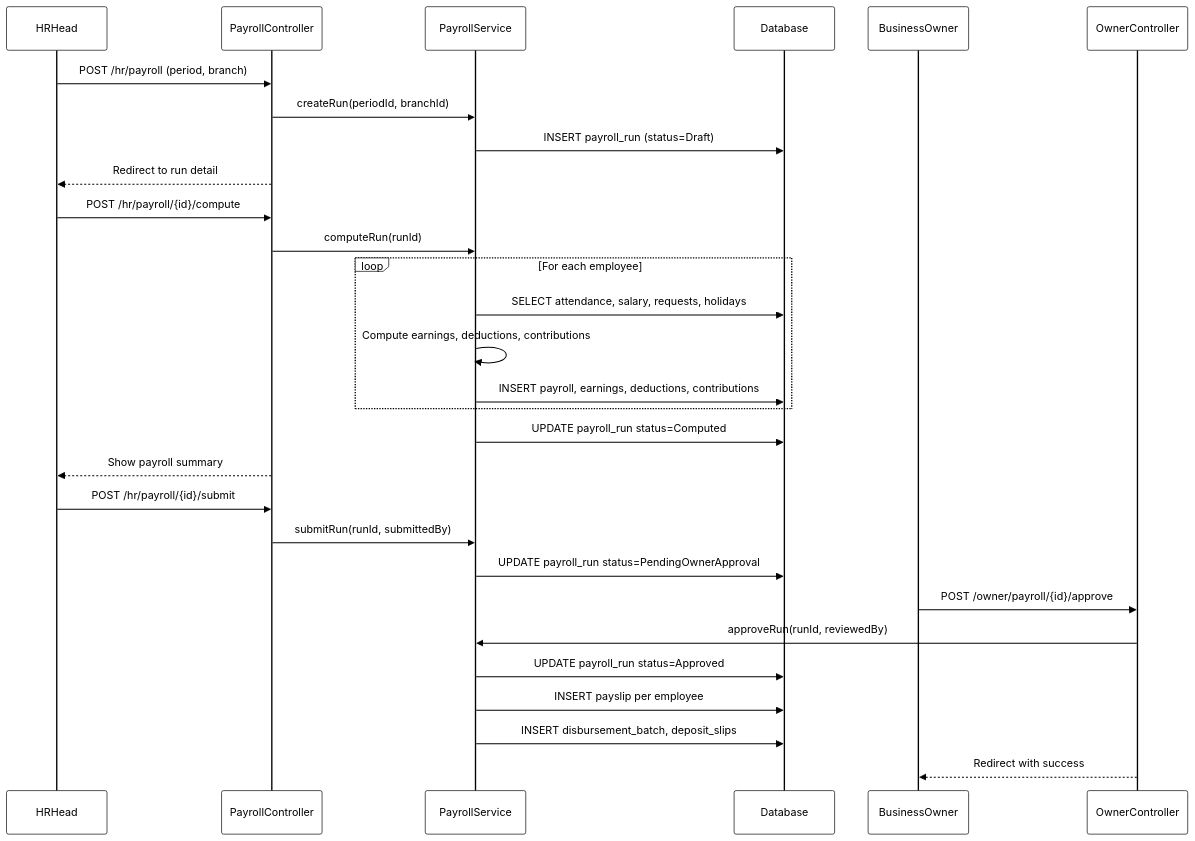
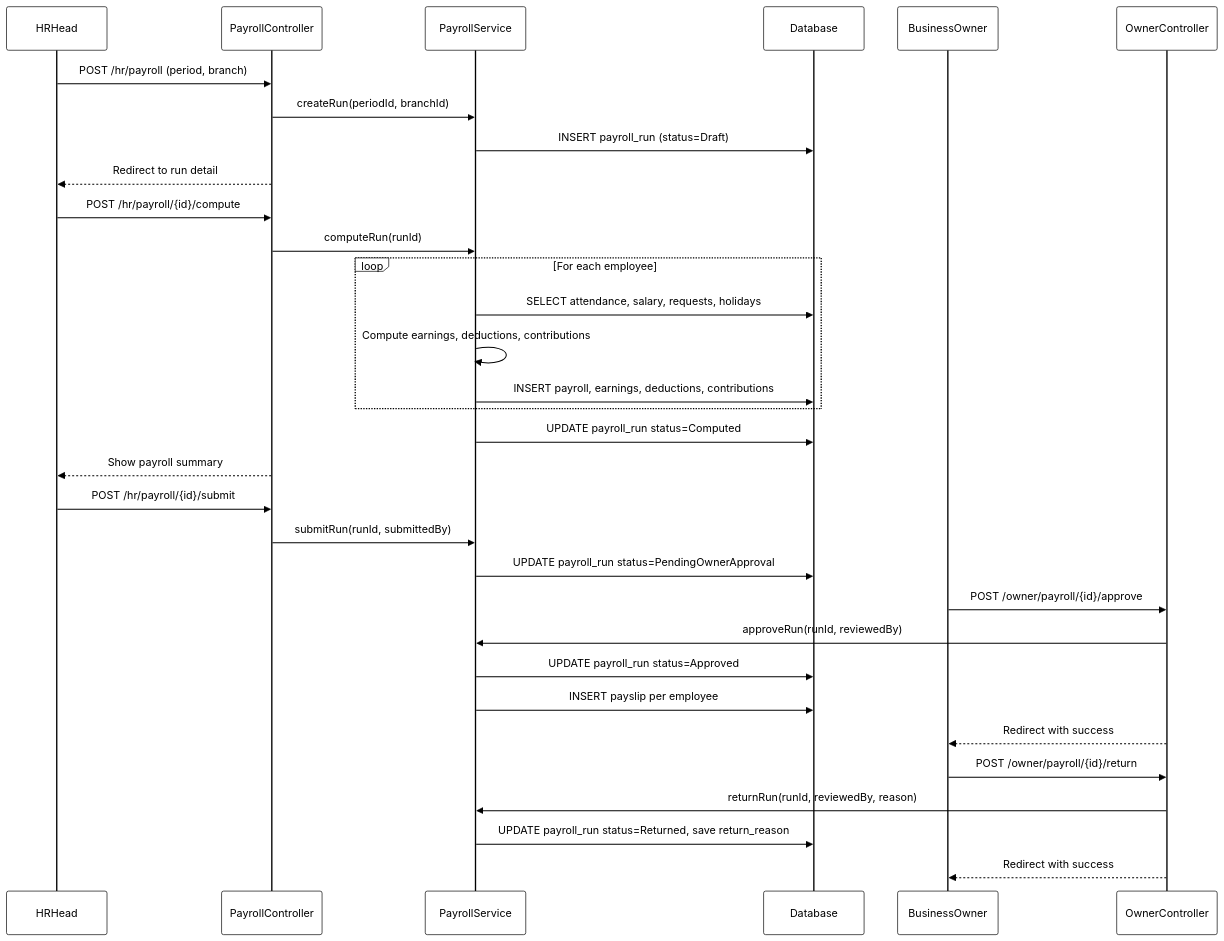
Before and after one commit to romarsares/WBPMS: the diagram in docs/diagrams/v2/seq-05-payroll-compute-approve.mmd, drawn with Mermaid. The commit also changed 136 other files, not shown here.

```diff
--- a/docs/diagrams/v2/seq-05-payroll-compute-approve.mmd
+++ b/docs/diagrams/v2/seq-05-payroll-compute-approve.mmd
@@ -1,34 +1,38 @@
 %%{init: {"theme": "base", "themeVariables": {"primaryColor": "#ffffff", "primaryBorderColor": "#000000", "primaryTextColor": "#000000", "lineColor": "#000000", "background": "#ffffff", "actorBkg": "#ffffff", "actorBorder": "#000000", "actorTextColor": "#000000", "noteBkgColor": "#ffffff", "noteBorderColor": "#000000", "activationBkgColor": "#ffffff", "activationBorderColor": "#000000", "signalColor": "#000000", "signalTextColor": "#000000"}}}%%
 sequenceDiagram
     participant HRHead
     participant PayrollController
     participant PayrollService
     participant Database
     participant BusinessOwner
     participant OwnerController
 
     HRHead->>PayrollController: POST /hr/payroll (period, branch)
     PayrollController->>PayrollService: createRun(periodId, branchId)
     PayrollService->>Database: INSERT payroll_run (status=Draft)
     PayrollController-->>HRHead: Redirect to run detail
 
     HRHead->>PayrollController: POST /hr/payroll/{id}/compute
     PayrollController->>PayrollService: computeRun(runId)
     loop For each employee
         PayrollService->>Database: SELECT attendance, salary, requests, holidays
         PayrollService->>PayrollService: Compute earnings, deductions, contributions
         PayrollService->>Database: INSERT payroll, earnings, deductions, contributions
     end
     PayrollService->>Database: UPDATE payroll_run status=Computed
     PayrollController-->>HRHead: Show payroll summary
 
     HRHead->>PayrollController: POST /hr/payroll/{id}/submit
     PayrollController->>PayrollService: submitRun(runId, submittedBy)
     PayrollService->>Database: UPDATE payroll_run status=PendingOwnerApproval
 
     BusinessOwner->>OwnerController: POST /owner/payroll/{id}/approve
     OwnerController->>PayrollService: approveRun(runId, reviewedBy)
     PayrollService->>Database: UPDATE payroll_run status=Approved
     PayrollService->>Database: INSERT payslip per employee
-    PayrollService->>Database: INSERT disbursement_batch, deposit_slips
     OwnerController-->>BusinessOwner: Redirect with success
+
+    BusinessOwner->>OwnerController: POST /owner/payroll/{id}/return
+    OwnerController->>PayrollService: returnRun(runId, reviewedBy, reason)
+    PayrollService->>Database: UPDATE payroll_run status=Returned, save return_reason
+    OwnerController-->>BusinessOwner: Redirect with success
```
